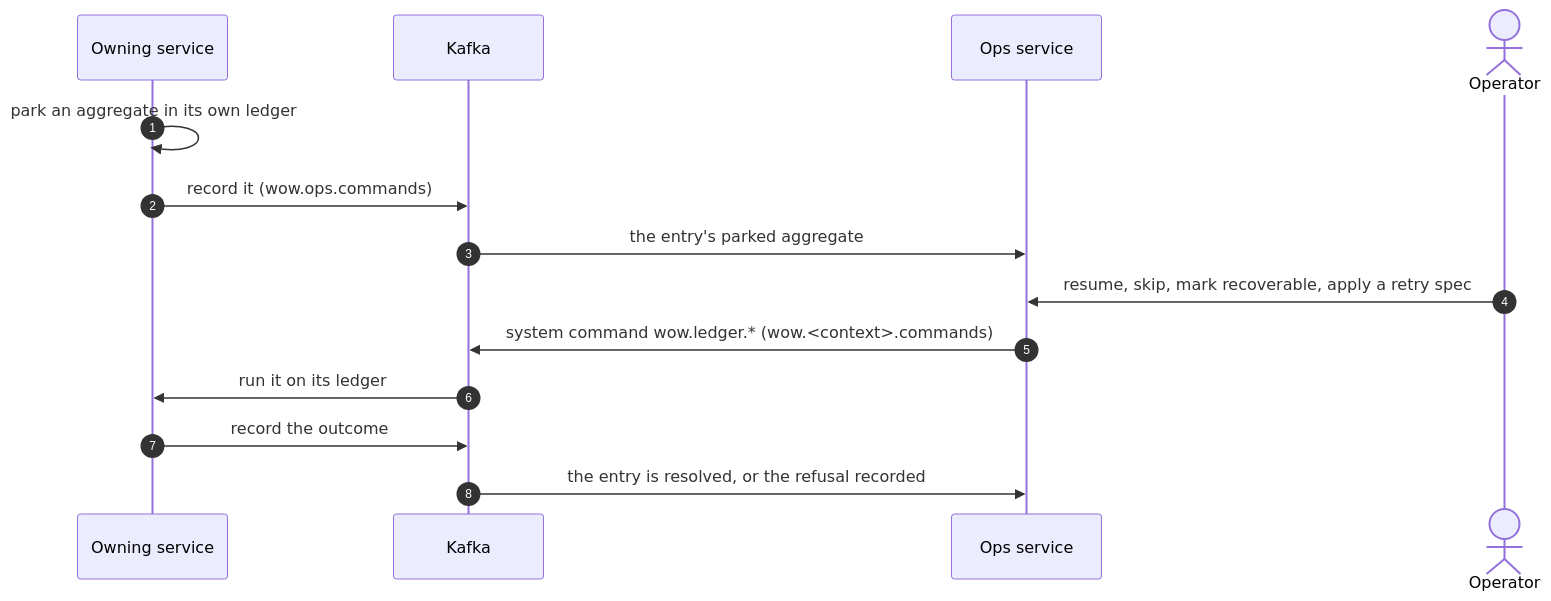
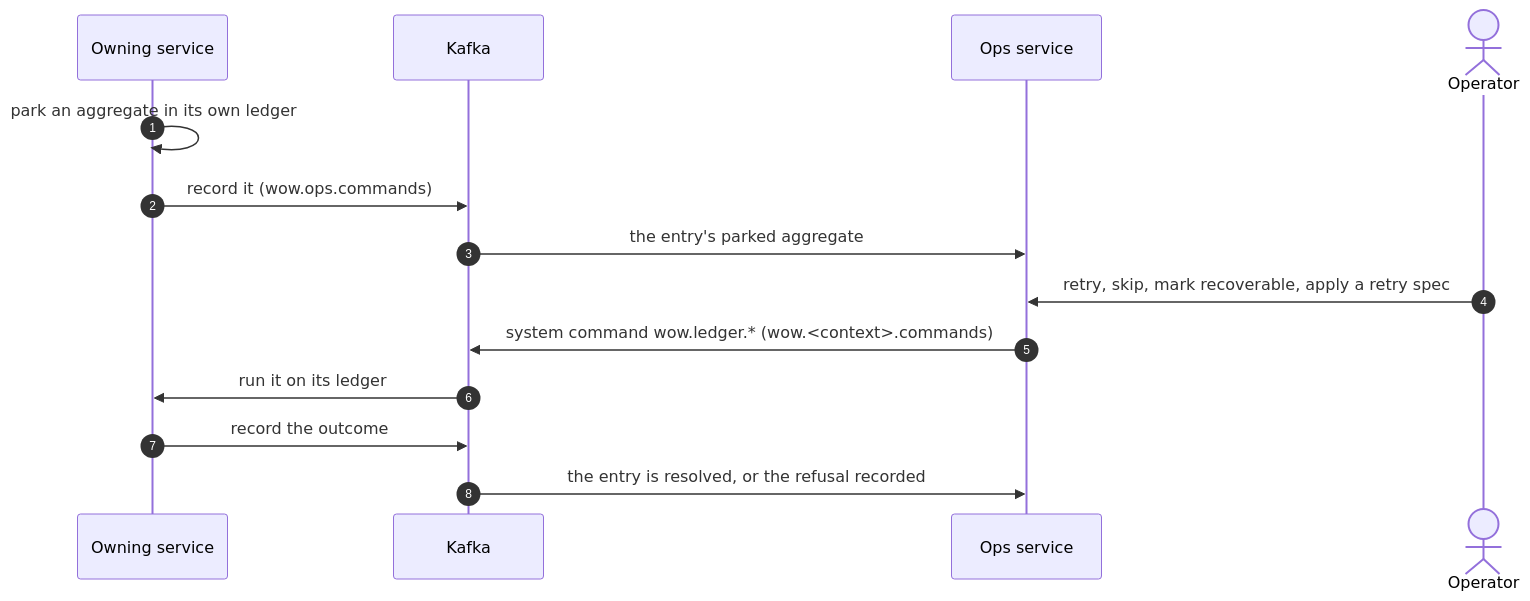
Before and after one commit to Ahoo-Wang/Wow: the diagram in documentation/docs/en/operate/ops-console.md, drawn with Mermaid. The commit also changed other lines of this file and 72 other files, not shown here.

````diff
--- a/documentation/docs/en/operate/ops-console.md
+++ b/documentation/docs/en/operate/ops-console.md
@@ -12,16 +12,16 @@
 ```mermaid
 sequenceDiagram
     autonumber
     participant S as Owning service
     participant K as Kafka
     participant O as Ops service
     actor Op as Operator
     S->>S: park an aggregate in its own ledger
     S->>K: record it (wow.ops.commands)
     K->>O: the entry's parked aggregate
-    Op->>O: resume, skip, mark recoverable, apply a retry spec
+    Op->>O: retry, skip, mark recoverable, apply a retry spec
     O->>K: system command wow.ledger.* (wow.<context>.commands)
     K->>S: run it on its ledger
     S->>K: record the outcome
     K->>O: the entry is resolved, or the refusal recorded
 ```
````
